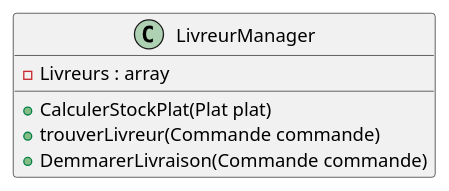
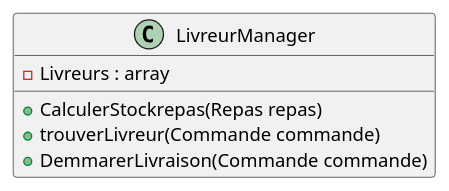
One commit to laurasullyalexandrine/expressfood changed the diagram in Class/LivreurManager.puml. Above: the diagram before and after it, drawn with PlantUML. The commit also changed 9 other files, not shown here.

Commit message:
update class repas and re add heritage more delete class plat

```diff
--- a/Class/LivreurManager.puml
+++ b/Class/LivreurManager.puml
@@ -1,11 +1,11 @@
 @startuml LivreurManager
 
 Class LivreurManager {
     - Livreurs : array
 
-    + CalculerStockPlat(Plat plat)
+    + CalculerStockrepas(Repas repas)
     + trouverLivreur(Commande commande)
     + DemmarerLivraison(Commande commande)
 }
 
 @enduml
```
